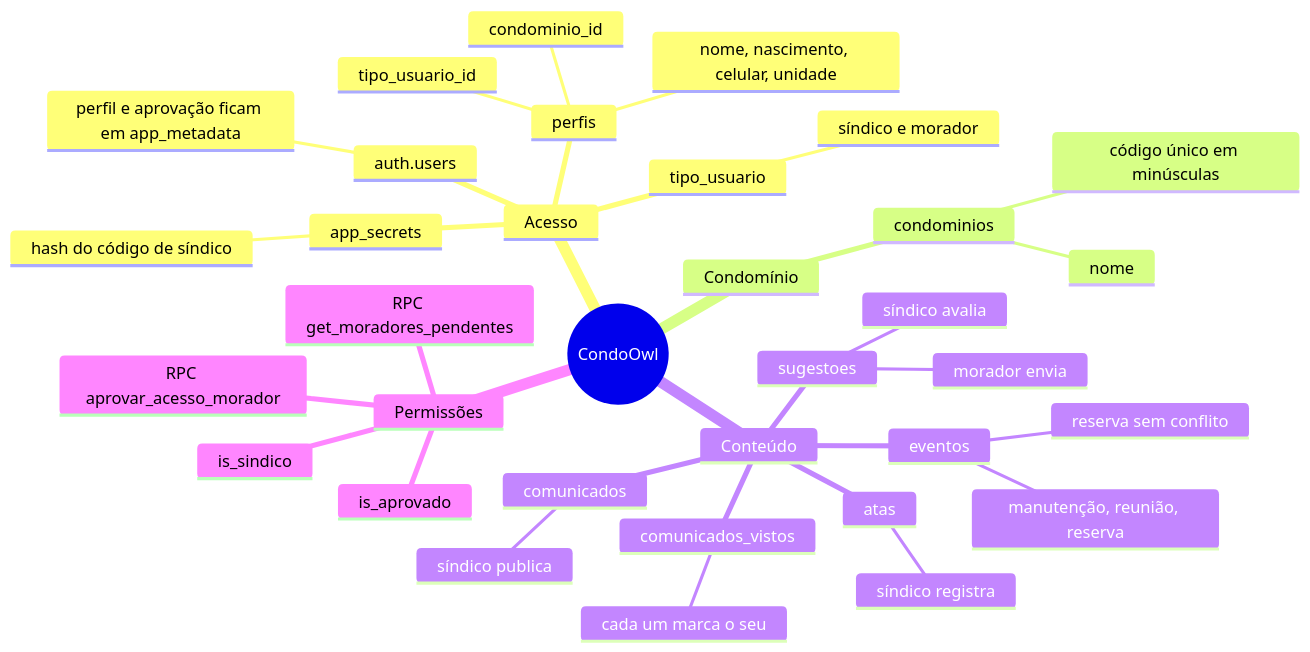
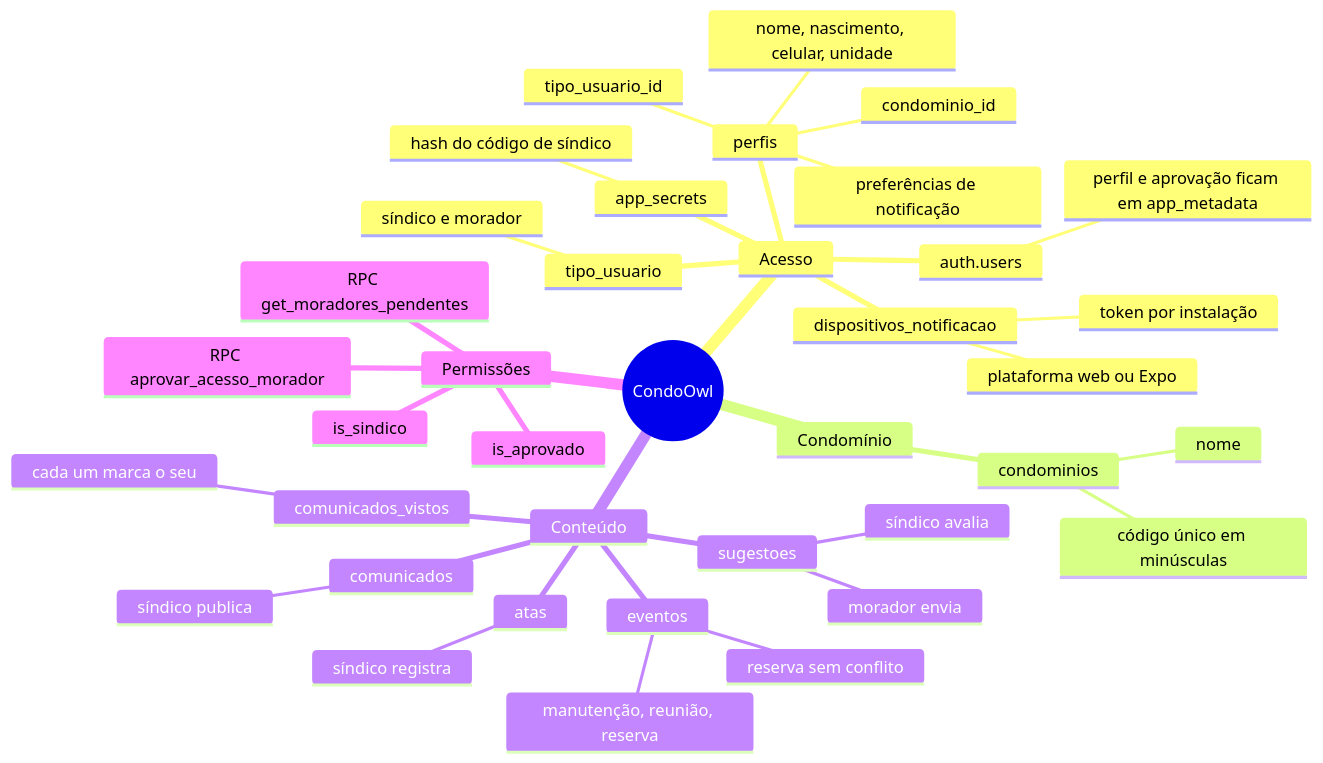
The first of 3 diagrams in supabase/docs/mapa-das-tabelas.md (cond-owl/cond-owl), drawn with Mermaid before and after one commit. The commit also changed other lines of this file and 16 other files, not shown here.

Commit message:
[0014] Revisar funcionalidades da notificação por completo

````diff
--- a/supabase/docs/mapa-das-tabelas.md
+++ b/supabase/docs/mapa-das-tabelas.md
@@ -10,37 +10,41 @@
 ```mermaid
 mindmap
   root((CondoOwl))
     Acesso
       auth.users
         perfil e aprovação ficam em app_metadata
       perfis
         nome, nascimento, celular, unidade
+        preferências de notificação
         condominio_id
         tipo_usuario_id
+      dispositivos_notificacao
+        token por instalação
+        plataforma web ou Expo
       tipo_usuario
         síndico e morador
       app_secrets
         hash do código de síndico
     Condomínio
       condominios
         nome
         código único em minúsculas
     Conteúdo
       comunicados
         síndico publica
       comunicados_vistos
         cada um marca o seu
       eventos
         manutenção, reunião, reserva
         reserva sem conflito
       atas
         síndico registra
       sugestoes
         morador envia
         síndico avalia
     Permissões
       is_sindico
       is_aprovado
       RPC get_moradores_pendentes
       RPC aprovar_acesso_morador
 ```
````
